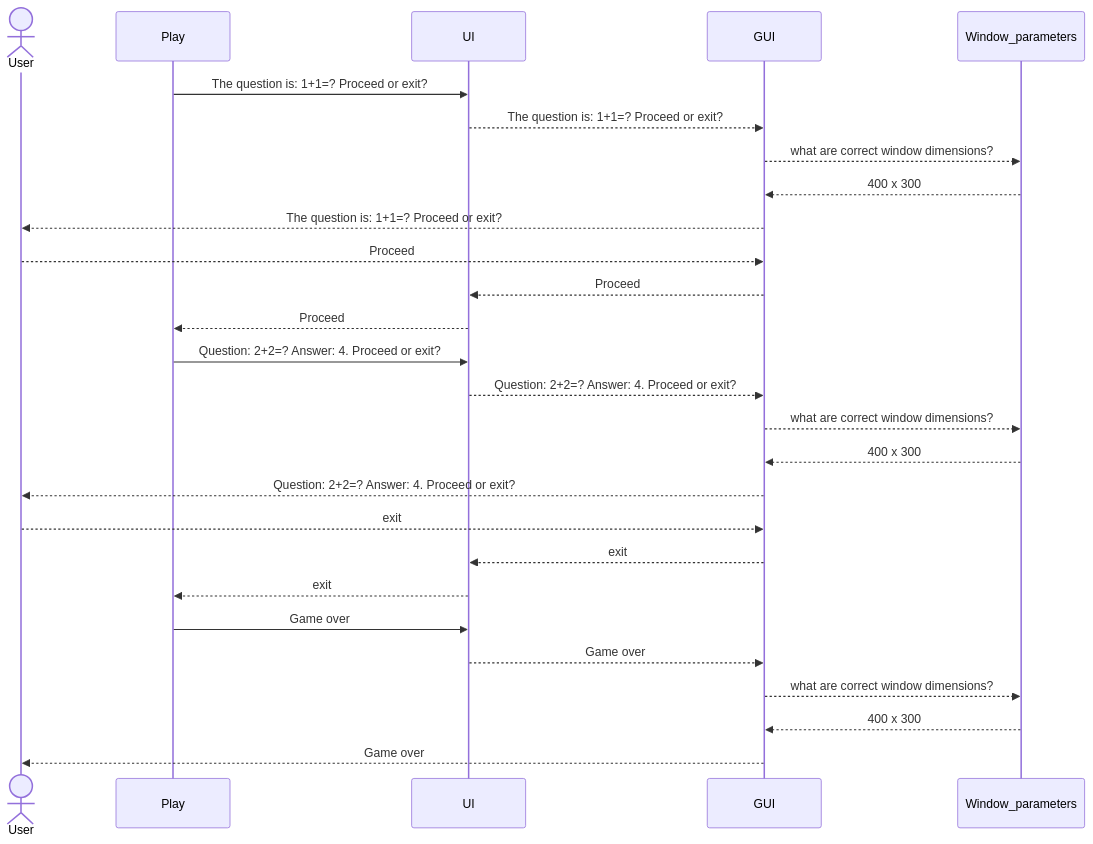
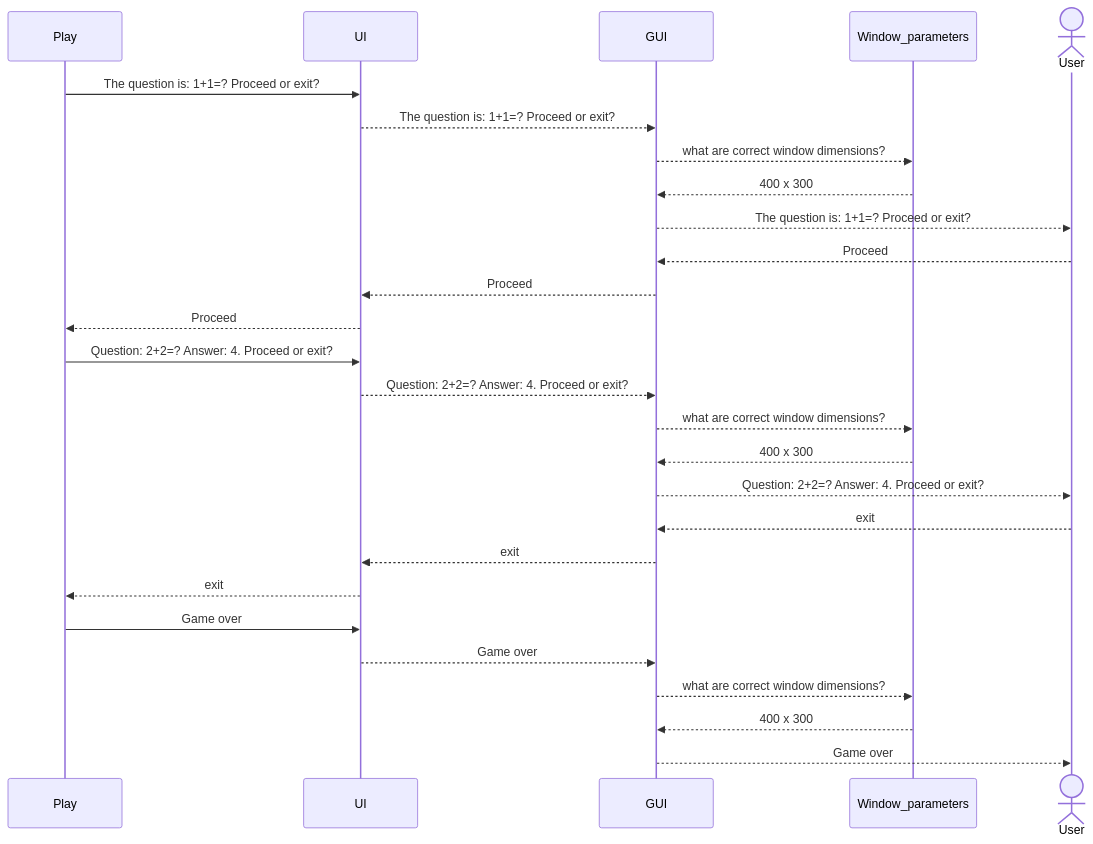
The third of 3 diagrams in dokumentaatio/arkkitehtuuri.MD (platipus82/ot-harjoitustyo), drawn with Mermaid before and after one commit.

````diff
--- a/dokumentaatio/arkkitehtuuri.MD
+++ b/dokumentaatio/arkkitehtuuri.MD
@@ -97,25 +97,26 @@
 ```mermaid
 sequenceDiagram
-    actor User
+
     Play->>UI: The question is: 1+1=? Proceed or exit?
     UI-->>GUI: The question is: 1+1=? Proceed or exit?
     GUI-->>Window_parameters: what are correct window dimensions?
     Window_parameters-->> GUI: 400 x 300
+    actor User
     GUI-->>User: The question is: 1+1=? Proceed or exit?
     User-->>GUI: Proceed
     GUI-->>UI: Proceed
     UI-->>Play: Proceed
     Play->>UI: Question: 2+2=? Answer: 4.  Proceed or exit?
     UI-->>GUI: Question: 2+2=? Answer: 4.  Proceed or exit?
     GUI-->>Window_parameters: what are correct window dimensions?
     Window_parameters-->> GUI: 400 x 300
     GUI-->>User: Question: 2+2=? Answer: 4.  Proceed or exit?
     User-->>GUI: exit
     GUI-->>UI: exit
     UI-->>Play: exit
     Play->>UI: Game over
     UI-->>GUI: Game over
     GUI-->>Window_parameters: what are correct window dimensions?
     Window_parameters-->> GUI: 400 x 300
     GUI-->>User: Game over
 ```    
````
